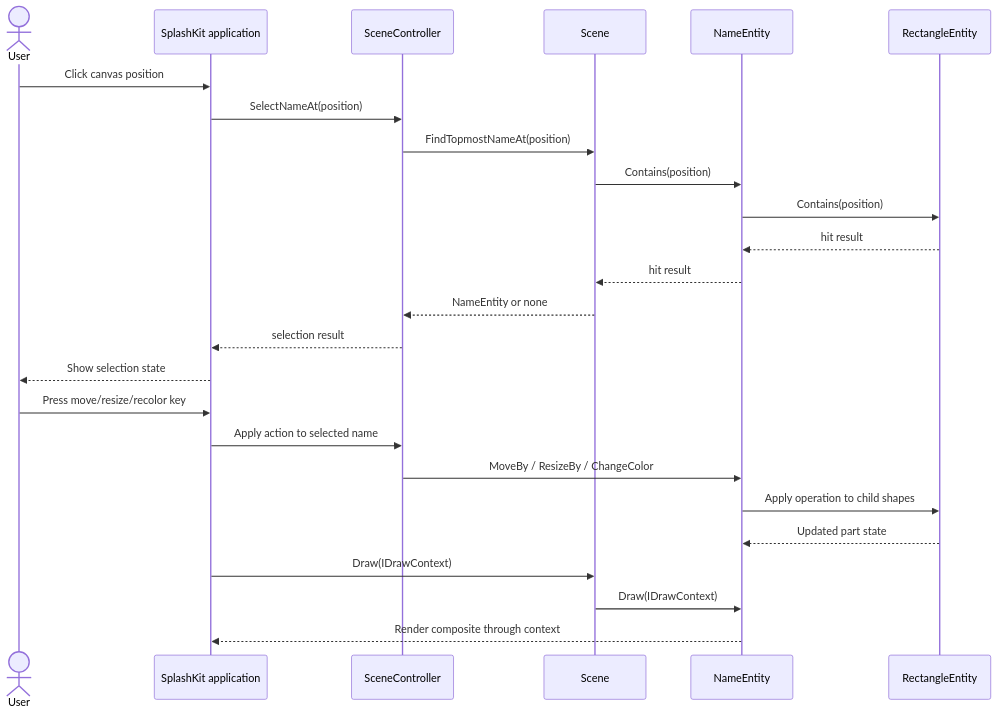
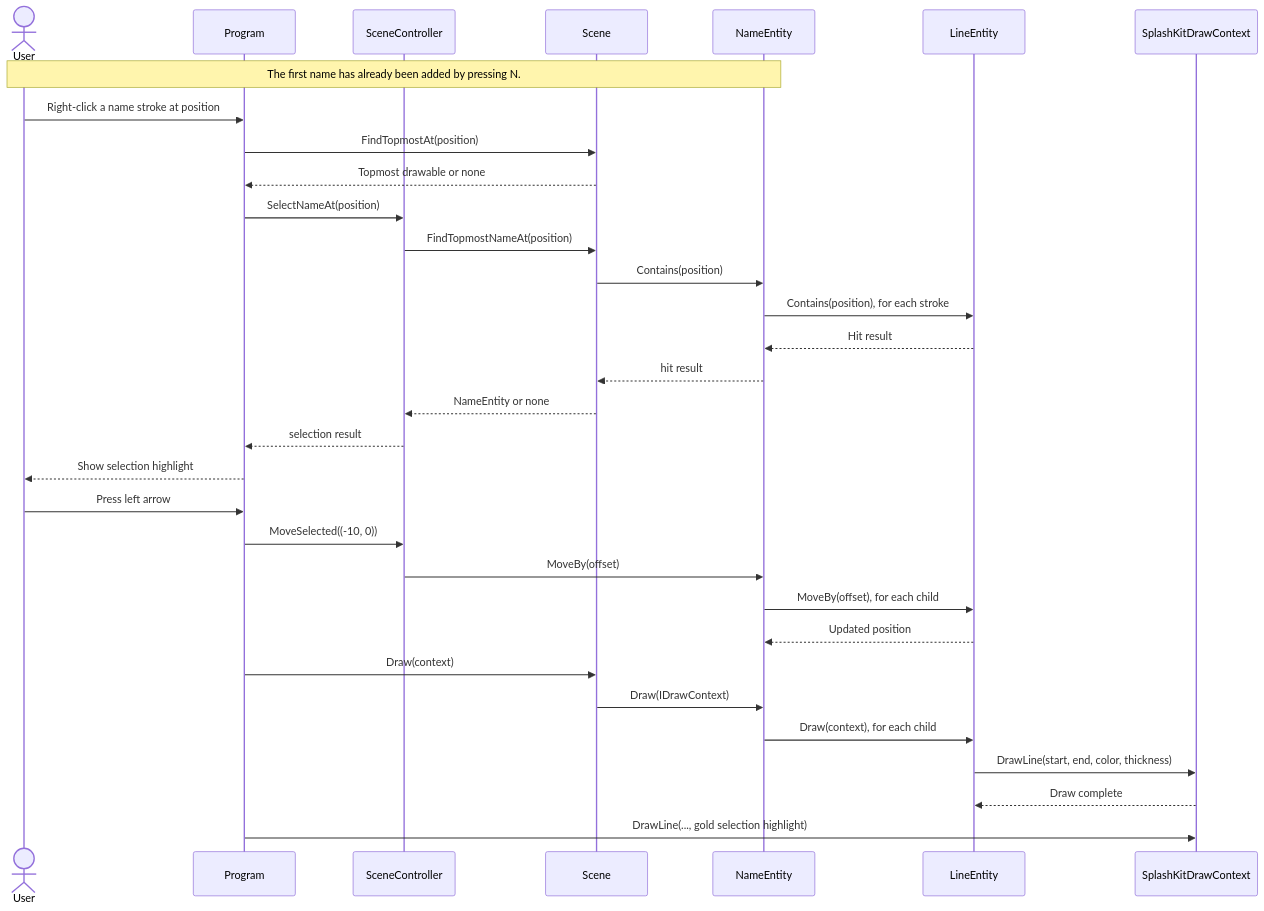
Before and after one commit to classical-dumbass/Option2OOP: the diagram in doc/diagrams/name-selection-sequence.mmd, drawn with Mermaid. The commit also changed 21 other files, not shown here.

```diff
--- a/doc/diagrams/name-selection-sequence.mmd
+++ b/doc/diagrams/name-selection-sequence.mmd
@@ -1,27 +1,34 @@
 sequenceDiagram
     actor User
-    participant App as SplashKit application
+    participant App as Program
     participant Controller as SceneController
     participant Scene
     participant Name as NameEntity
-    participant Part as RectangleEntity
+    participant Glyph as LineEntity
+    participant Renderer as SplashKitDrawContext
 
-    User->>App: Click canvas position
+    Note over User,Name: The first name has already been added by pressing N.
+    User->>App: Right-click a name stroke at position
+    App->>Scene: FindTopmostAt(position)
+    Scene-->>App: Topmost drawable or none
     App->>Controller: SelectNameAt(position)
     Controller->>Scene: FindTopmostNameAt(position)
     Scene->>Name: Contains(position)
-    Name->>Part: Contains(position)
-    Part-->>Name: hit result
+    Name->>Glyph: Contains(position), for each stroke
+    Glyph-->>Name: Hit result
     Name-->>Scene: hit result
     Scene-->>Controller: NameEntity or none
     Controller-->>App: selection result
-    App-->>User: Show selection state
+    App-->>User: Show selection highlight
 
-    User->>App: Press move/resize/recolor key
-    App->>Controller: Apply action to selected name
-    Controller->>Name: MoveBy / ResizeBy / ChangeColor
-    Name->>Part: Apply operation to child shapes
-    Part-->>Name: Updated part state
-    App->>Scene: Draw(IDrawContext)
+    User->>App: Press left arrow
+    App->>Controller: MoveSelected((-10, 0))
+    Controller->>Name: MoveBy(offset)
+    Name->>Glyph: MoveBy(offset), for each child
+    Glyph-->>Name: Updated position
+    App->>Scene: Draw(context)
     Scene->>Name: Draw(IDrawContext)
-    Name-->>App: Render composite through context
+    Name->>Glyph: Draw(context), for each child
+    Glyph->>Renderer: DrawLine(start, end, color, thickness)
+    Renderer-->>Glyph: Draw complete
+    App->>Renderer: DrawLine(..., gold selection highlight)
```
